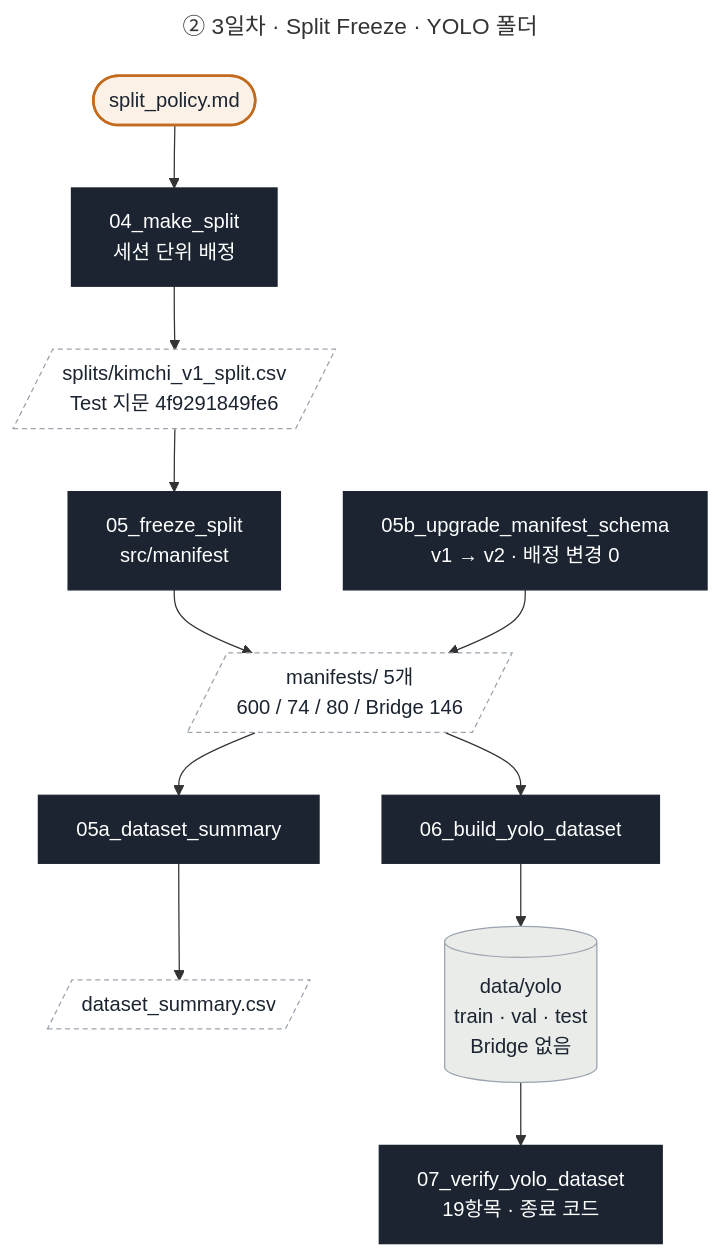
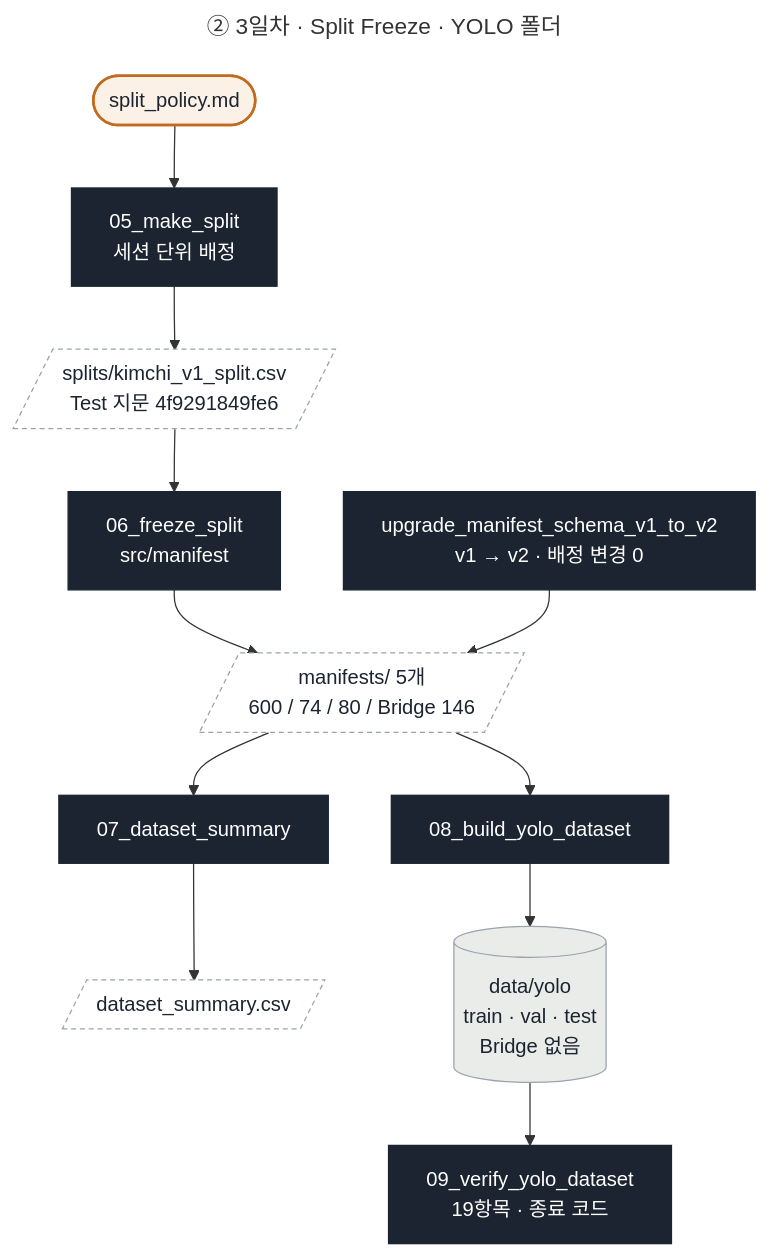
One commit to howolcat/prj2026.10 changed the second of 10 diagrams in prj08/docs/code_flow.md. Above: the diagram before and after it, drawn with Mermaid. The commit also changed other lines of this file and 129 other files, not shown here.

````diff
--- a/prj08/docs/code_flow.md
+++ b/prj08/docs/code_flow.md
@@ -66,23 +66,23 @@
 ```mermaid
 ---
 title: ② 3일차 · Split Freeze · YOLO 폴더
 ---
 flowchart TD
-    POL(["split_policy.md"]) --> S04["04_make_split<br/>세션 단위 배정"]
+    POL(["split_policy.md"]) --> S04["05_make_split<br/>세션 단위 배정"]
     S04 --> O04[/"splits/kimchi_v1_split.csv<br/>Test 지문 4f9291849fe6"/]
-    O04 --> S05["05_freeze_split<br/>src/manifest"]
+    O04 --> S05["06_freeze_split<br/>src/manifest"]
     S05 --> O05[/"manifests/ 5개<br/>600 / 74 / 80 / Bridge 146"/]
-    S05B["05b_upgrade_manifest_schema<br/>v1 → v2 · 배정 변경 0"] --> O05
-    O05 --> S05A["05a_dataset_summary"] --> O05A[/"dataset_summary.csv"/]
-    O05 --> S06["06_build_yolo_dataset"] --> YOLO[("data/yolo<br/>train · val · test<br/>Bridge 없음")]
-    YOLO --> S07["07_verify_yolo_dataset<br/>19항목 · 종료 코드"]
+    S05B["upgrade_manifest_schema_v1_to_v2<br/>v1 → v2 · 배정 변경 0"] --> O05
+    O05 --> S05A["07_dataset_summary"] --> O05A[/"dataset_summary.csv"/]
+    O05 --> S06["08_build_yolo_dataset"] --> YOLO[("data/yolo<br/>train · val · test<br/>Bridge 없음")]
+    YOLO --> S07["09_verify_yolo_dataset<br/>19항목 · 종료 코드"]
 
     classDef data fill:#E9ECE8,stroke:#9AA3AE,color:#1B2430
     classDef script fill:#1B2430,stroke:#1B2430,color:#FFFFFF
     classDef out fill:#FFFFFF,stroke:#9AA3AE,stroke-dasharray:4 3,color:#1B2430
     classDef human fill:#FBF1E6,stroke:#C26A1E,stroke-width:2px,color:#1B2430
     class YOLO data
     class S04,S05,S05B,S05A,S06,S07 script
     class O04,O05,O05A out
     class POL human
 ```
````
